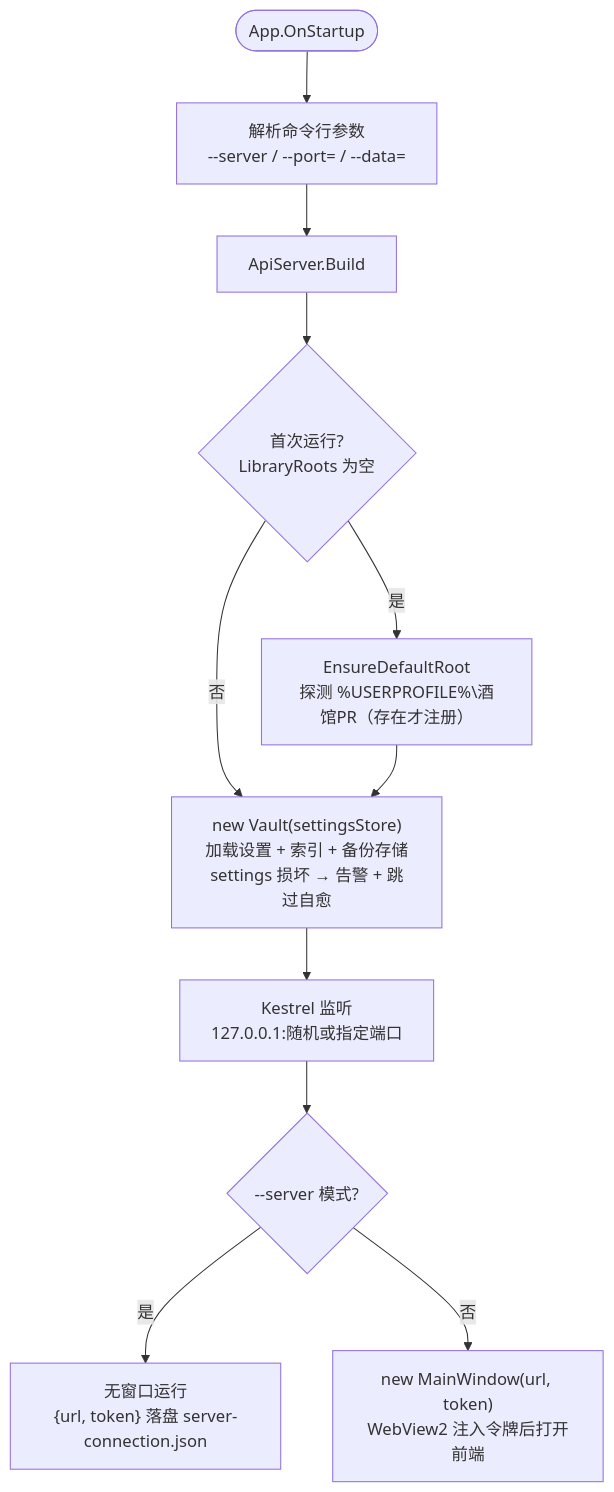
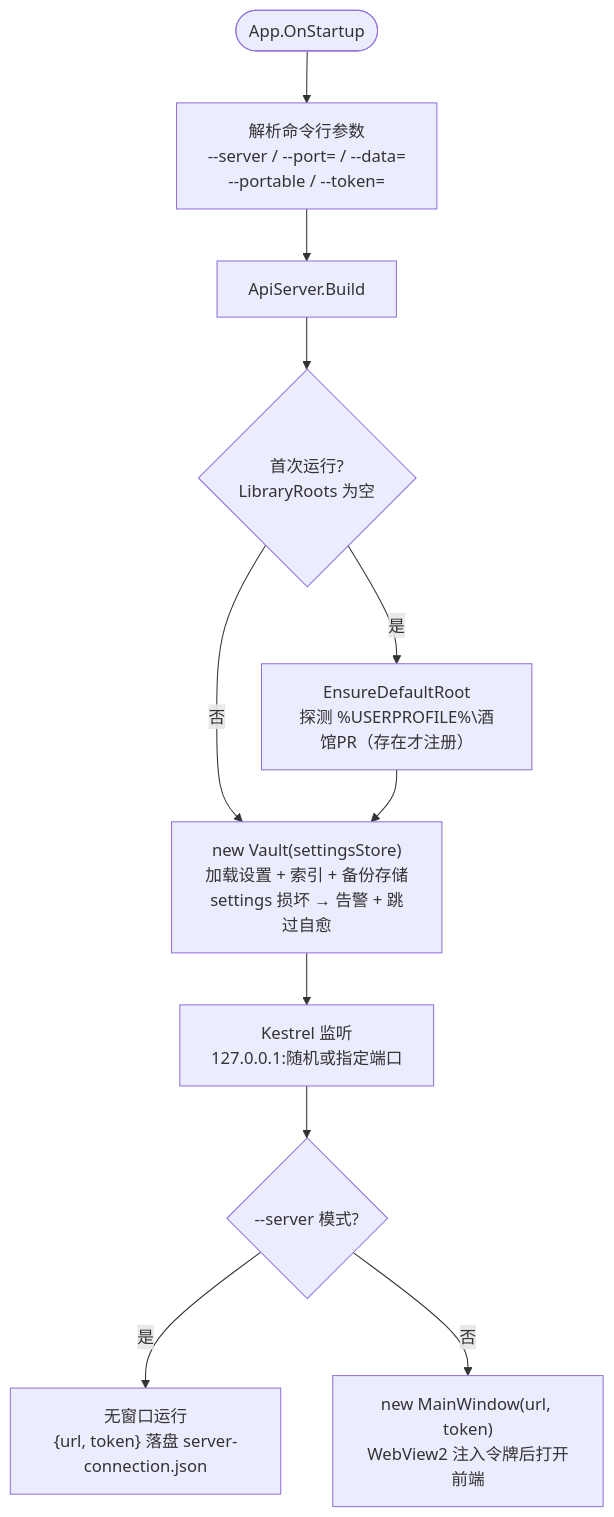
The second of 12 diagrams in docs/architecture-visualization.md (minekurs53-cmd/TavernVault), drawn with Mermaid before and after one commit. The commit also changed other lines of this file and 4 other files, not shown here.

Commit message:
docs：v1.0.0 全量勘误——图集对齐现实（40 端点/索引v4/时间线补全）+ 权威文档自相矛盾清理

````diff
--- a/docs/architecture-visualization.md
+++ b/docs/architecture-visualization.md
@@ -63,13 +66,13 @@
 ```mermaid
 flowchart TD
-    Start(["App.OnStartup"]) --> Parse["解析命令行参数<br/>--server / --port= / --data="]
+    Start(["App.OnStartup"]) --> Parse["解析命令行参数<br/>--server / --port= / --data=<br/>--portable / --token="]
     Parse --> Build["ApiServer.Build"]
     Build --> Default{"首次运行?<br/>LibraryRoots 为空"}
     Default -->|"是"| Guess["EnsureDefaultRoot<br/>探测 %USERPROFILE%\酒馆PR（存在才注册）"]
     Default -->|"否"| Vault["new Vault(settingsStore)<br/>加载设置 + 索引 + 备份存储<br/>settings 损坏 → 告警 + 跳过自愈"]
     Guess --> Vault
     Vault --> Listen["Kestrel 监听<br/>127.0.0.1:随机或指定端口"]
     Listen --> Mode{"--server 模式?"}
     Mode -->|"是"| Headless["无窗口运行<br/>{url, token} 落盘 server-connection.json"]
     Mode -->|"否"| Window["new MainWindow(url, token)<br/>WebView2 注入令牌后打开前端"]
 ```
````
